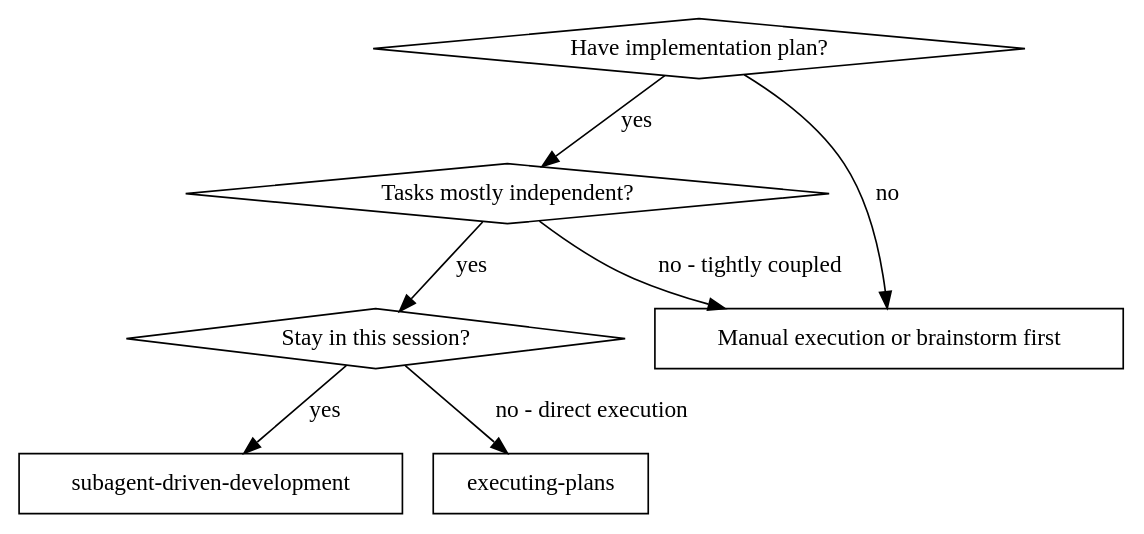
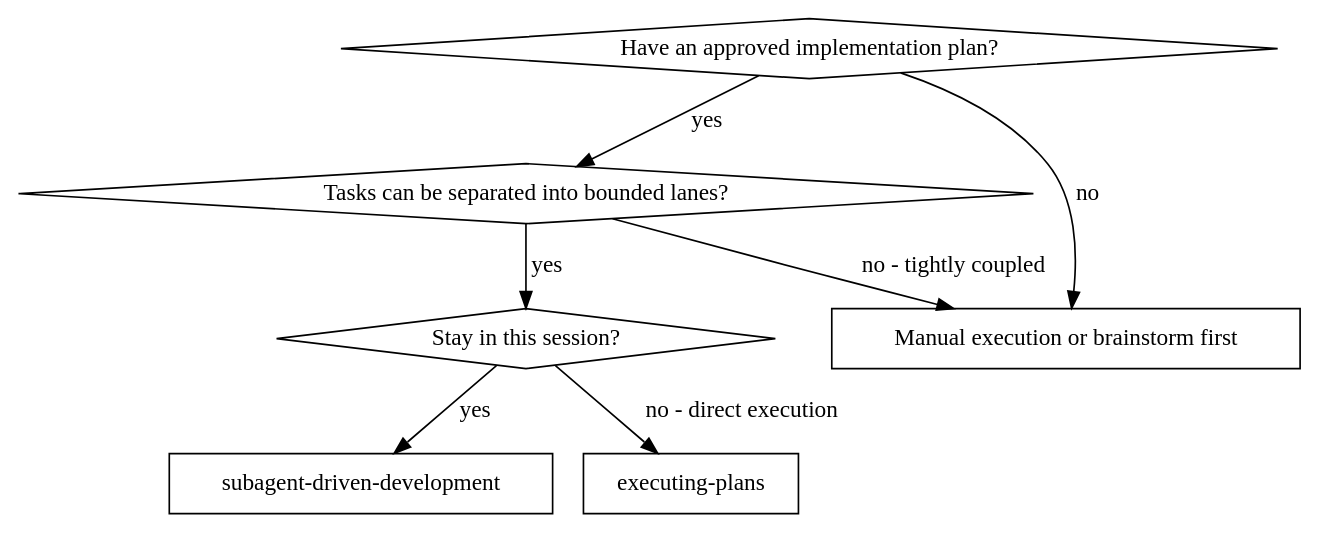
The diagram in skills/subagent-driven-development/SKILL.md (jjanyan/joshix), drawn with Graphviz before and after one commit. The commit also changed other lines of this file and 32 other files, not shown here.

First line of the commit message:
feat(workflows): add parallel-first plan execution

````diff
--- a/skills/subagent-driven-development/SKILL.md
+++ b/skills/subagent-driven-development/SKILL.md
@@ -29,17 +27,17 @@
 ```dot
 digraph when_to_use {
-    "Have implementation plan?" [shape=diamond];
-    "Tasks mostly independent?" [shape=diamond];
+    "Have an approved implementation plan?" [shape=diamond];
+    "Tasks can be separated into bounded lanes?" [shape=diamond];
     "Stay in this session?" [shape=diamond];
     "subagent-driven-development" [shape=box];
     "executing-plans" [shape=box];
     "Manual execution or brainstorm first" [shape=box];
 
-    "Have implementation plan?" -> "Tasks mostly independent?" [label="yes"];
-    "Have implementation plan?" -> "Manual execution or brainstorm first" [label="no"];
-    "Tasks mostly independent?" -> "Stay in this session?" [label="yes"];
-    "Tasks mostly independent?" -> "Manual execution or brainstorm first" [label="no - tightly coupled"];
+    "Have an approved implementation plan?" -> "Tasks can be separated into bounded lanes?" [label="yes"];
+    "Have an approved implementation plan?" -> "Manual execution or brainstorm first" [label="no"];
+    "Tasks can be separated into bounded lanes?" -> "Stay in this session?" [label="yes"];
+    "Tasks can be separated into bounded lanes?" -> "Manual execution or brainstorm first" [label="no - tightly coupled"];
     "Stay in this session?" -> "subagent-driven-development" [label="yes"];
     "Stay in this session?" -> "executing-plans" [label="no - direct execution"];
 }
 ```
````
